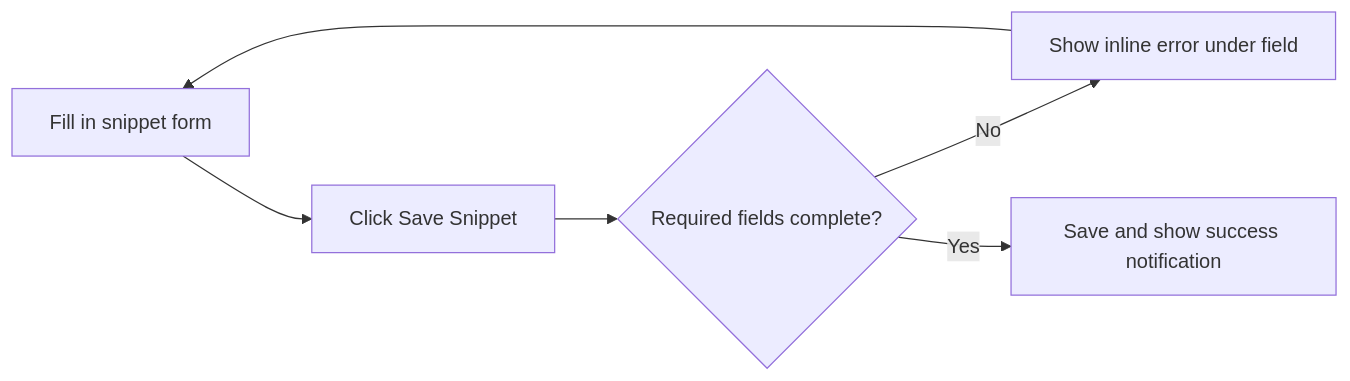
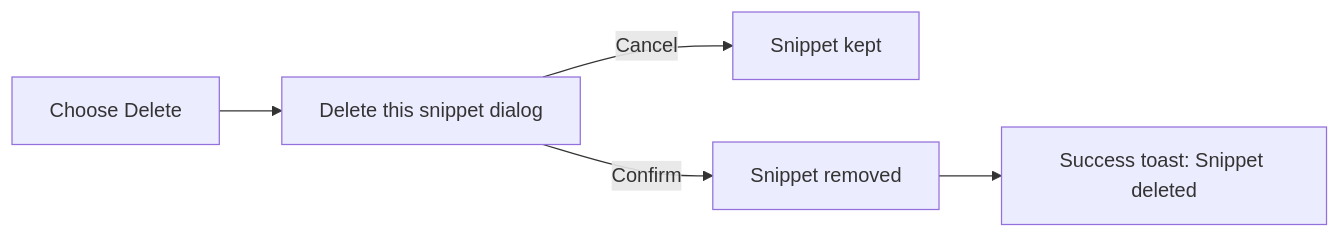
One commit to Mohita111/API2 changed the third of 3 diagrams in api2-documentation/plan_2026-11-02_f8890e/user-facing-docs/logging-diagnostics.md. Above: the diagram before and after it, drawn with Mermaid. The commit also changed other lines of this file and 14 other files, not shown here.

````diff
--- a/api2-documentation/plan_2026-11-02_f8890e/user-facing-docs/logging-diagnostics.md
+++ b/api2-documentation/plan_2026-11-02_f8890e/user-facing-docs/logging-diagnostics.md
@@ -53,8 +107,7 @@
 ```mermaid
 graph LR
-    A[Fill in snippet form] --> B[Click Save Snippet]
-    B --> C{"Required fields complete?"}
-    C -->|No| D[Show inline error under field]
-    D --> A
-    C -->|Yes| E[Save and show success notification]
+    A[Choose Delete] --> B[Delete this snippet dialog]
+    B -->|Cancel| C[Snippet kept]
+    B -->|Confirm| D[Snippet removed]
+    D --> E["Success toast: Snippet deleted"]
 ```
````
